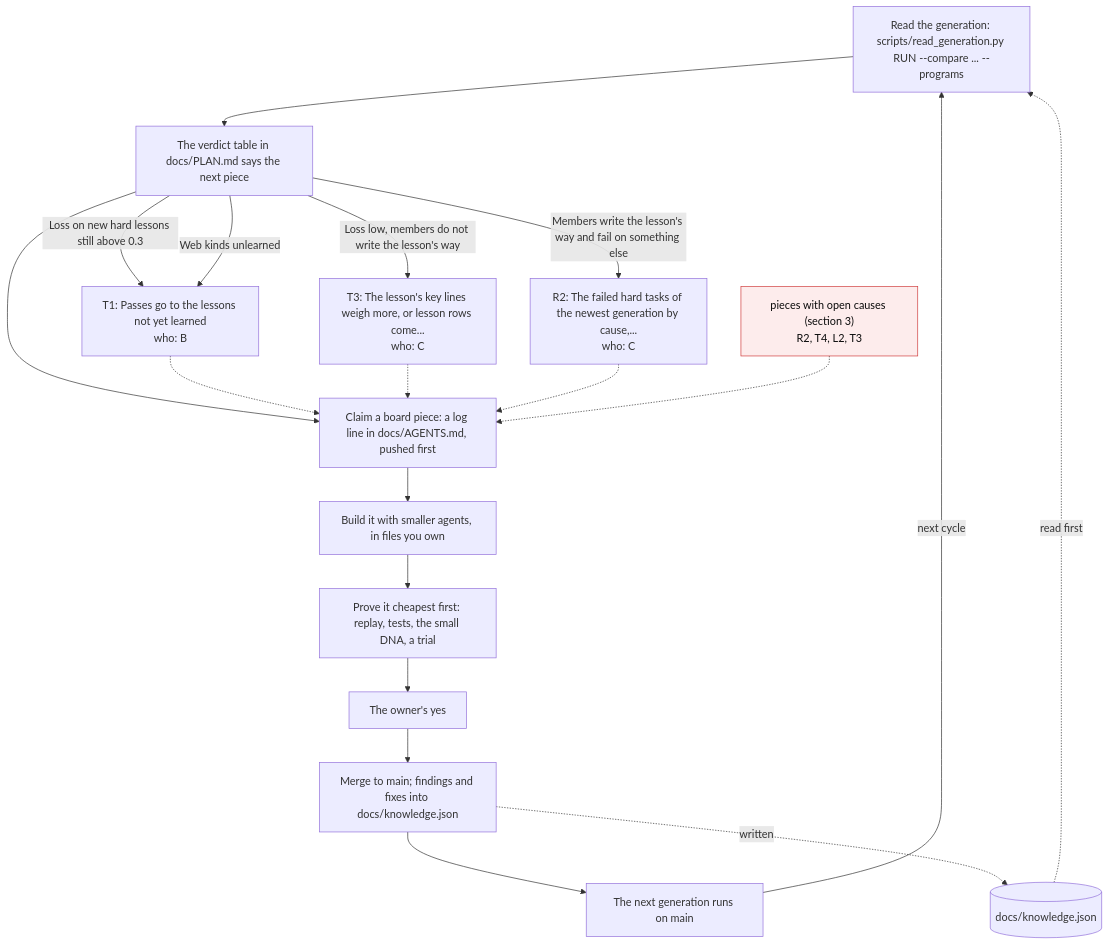
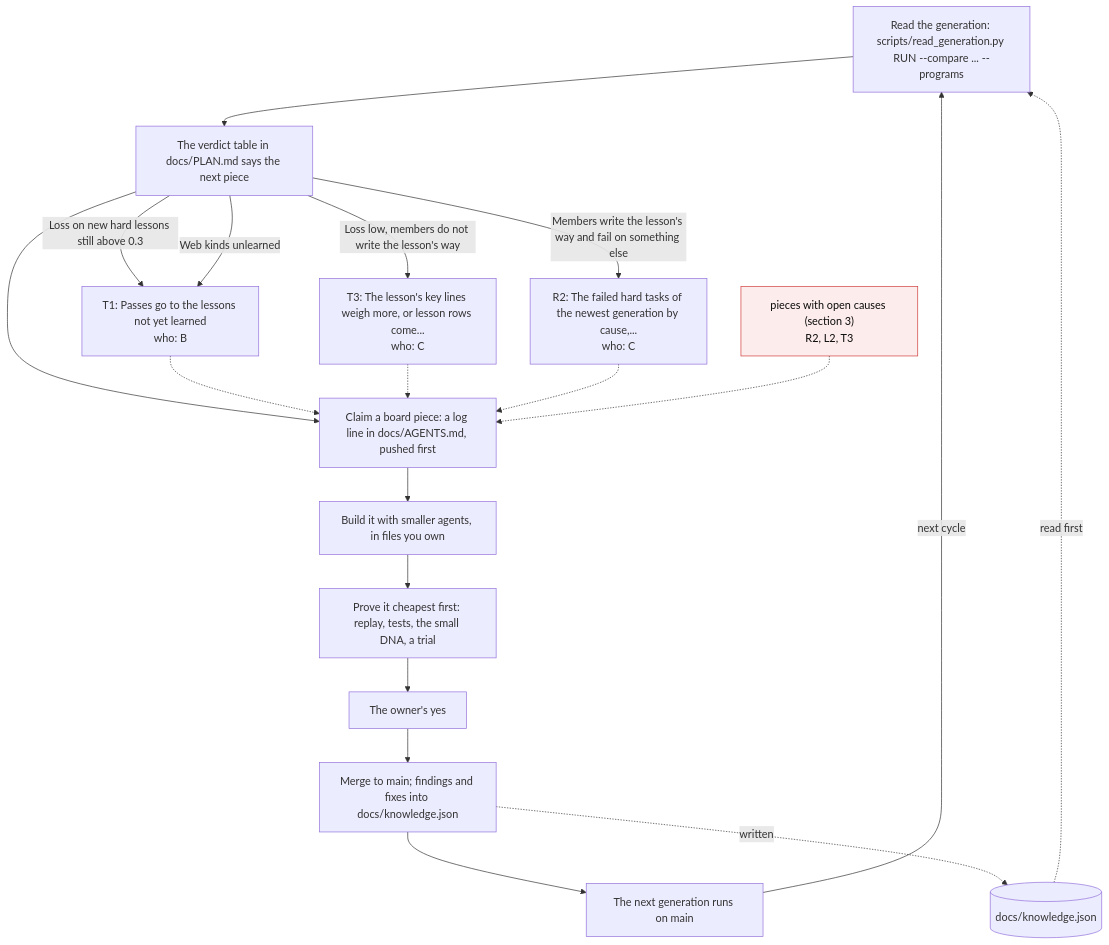
One commit to Arnav123-s/HiveMIND changed the second of 4 diagrams in docs/KNOWLEDGE.md. Above: the diagram before and after it, drawn with Mermaid. The commit also changed other lines of this file and 5 other files, not shown here.

````diff
--- a/docs/KNOWLEDGE.md
+++ b/docs/KNOWLEDGE.md
@@ -47,35 +47,35 @@
 ```mermaid
 flowchart TD
   readgen["Read the generation: scripts/read_generation.py RUN --compare ... --programs"]
   verdict["The verdict table in docs/PLAN.md says the next piece"]
   claim["Claim a board piece: a log line in docs/AGENTS.md, pushed first"]
   build["Build it with smaller agents, in files you own"]
   prove["Prove it cheapest first: replay, tests, the small DNA, a trial"]
   yes["The owner's yes"]
   merge["Merge to main; findings and fixes into docs/knowledge.json"]
   next["The next generation runs on main"]
   readgen --> verdict
   verdict --> claim
   claim --> build
   build --> prove
   prove --> yes
   yes --> merge
   merge --> next
   next -->|next cycle| readgen
   verdict -->|"Loss on new hard lessons still above 0.3"| pc_T1
   pc_T1["T1: Passes go to the lessons not yet learned<br/>who: B"]
   pc_T1 -.-> claim
   verdict -->|"Loss low, members do not write the lesson's way"| pc_T3
   pc_T3["T3: The lesson's key lines weigh more, or lesson rows come...<br/>who: C"]
   pc_T3 -.-> claim
   verdict -->|"Members write the lesson's way and fail on something else"| pc_R2
   pc_R2["R2: The failed hard tasks of the newest generation by cause,...<br/>who: C"]
   pc_R2 -.-> claim
   verdict -->|"Web kinds unlearned"| pc_T1
-  waiting["pieces with open causes (section 3)<br/>R2, T4, L2, T3"]:::open
+  waiting["pieces with open causes (section 3)<br/>R2, L2, T3"]:::open
   waiting -.-> claim
   kj[(docs/knowledge.json)]
   kj -.->|read first| readgen
   merge -.->|written| kj
   classDef open fill:#fdecec,stroke:#d03b3b,color:#0b0b0b
 ```
````
